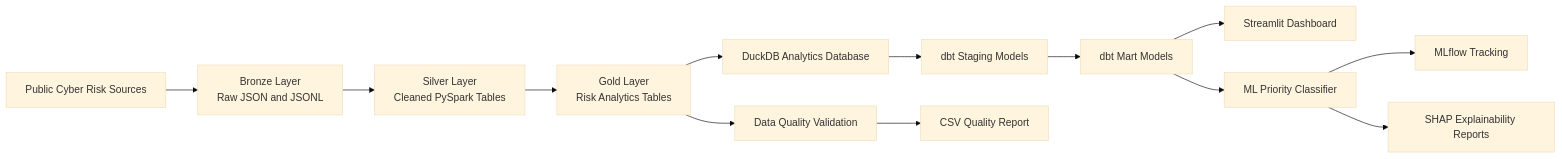
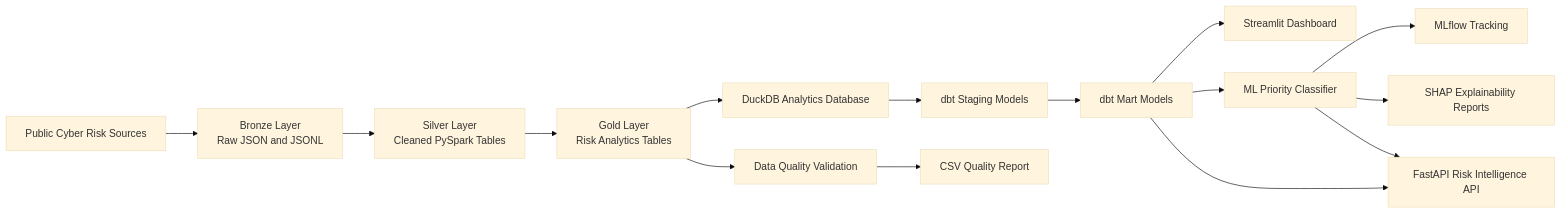
The diagram in README.md (momo840505/cyber-risk-intelligence-lakehouse), drawn with Mermaid (base theme) before and after one commit. The commit also changed other lines of this file, not shown here.

Commit message:
Update README with FastAPI service

````diff
--- a/README.md
+++ b/README.md
@@ -38,20 +34,21 @@
 ```mermaid
-graph LR
+flowchart LR
     A[Public Cyber Risk Sources] --> B[Bronze Layer<br/>Raw JSON and JSONL]
     B --> C[Silver Layer<br/>Cleaned PySpark Tables]
     C --> D[Gold Layer<br/>Risk Analytics Tables]
 
     D --> E[DuckDB Analytics Database]
     D --> F[Data Quality Validation]
+    F --> G[CSV Quality Report]
 
-    E --> G[dbt Staging Models]
-    G --> H[dbt Mart Models]
+    E --> H[dbt Staging Models]
+    H --> I[dbt Mart Models]
 
-    F --> I[CSV Quality Report]
+    I --> J[Streamlit Dashboard]
+    I --> K[ML Priority Classifier]
+    I --> L[FastAPI Risk Intelligence API]
 
-    H --> J[Streamlit Dashboard]
-    H --> K[ML Priority Classifier]
-
-    K --> L[MLflow Tracking]
-    K --> M[SHAP Explainability Reports]
+    K --> M[MLflow Tracking]
+    K --> N[SHAP Explainability Reports]
+    K --> L
 ```
````
